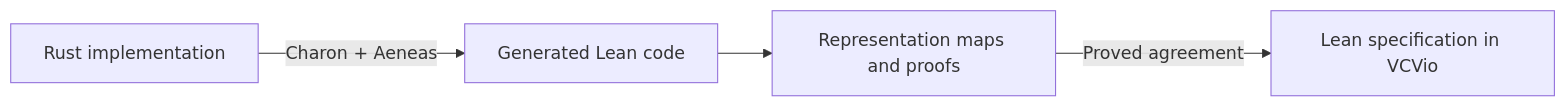
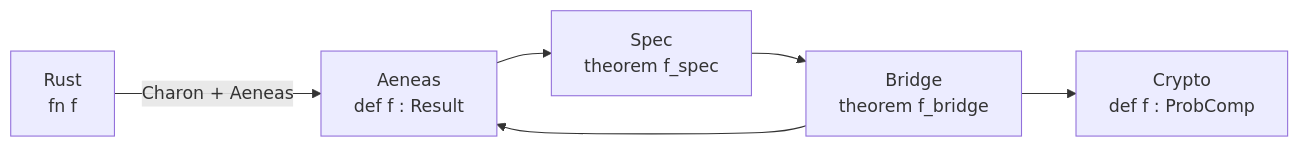
Before and after one commit to Beneficial-AI-Foundation/bridging-examples: the diagram in README.md, drawn with Mermaid. The commit also changed other lines of this file and 120 other files, not shown here.

First line of the commit message:
Set up Rust examples, Aeneas extraction, and the explorer

````diff
--- a/README.md
+++ b/README.md
@@ -25,6 +7,8 @@
 ```mermaid
 flowchart LR
-    R["Rust implementation"] -->|"Charon + Aeneas"| L["Generated Lean code"]
-    L --> B["Representation maps and proofs"]
-    B -->|"Proved agreement"| S["Lean specification in VCVio"]
+    R["Rust<br/>fn f"] -->|"Charon + Aeneas"| A["Aeneas<br/>def f : Result"]
+    A --> S["Spec<br/>theorem f_spec"]
+    S --> B["Bridge<br/>theorem f_bridge"]
+    B --> A
+    B --> C["Crypto<br/>def f : ProbComp"]
 ```
````
